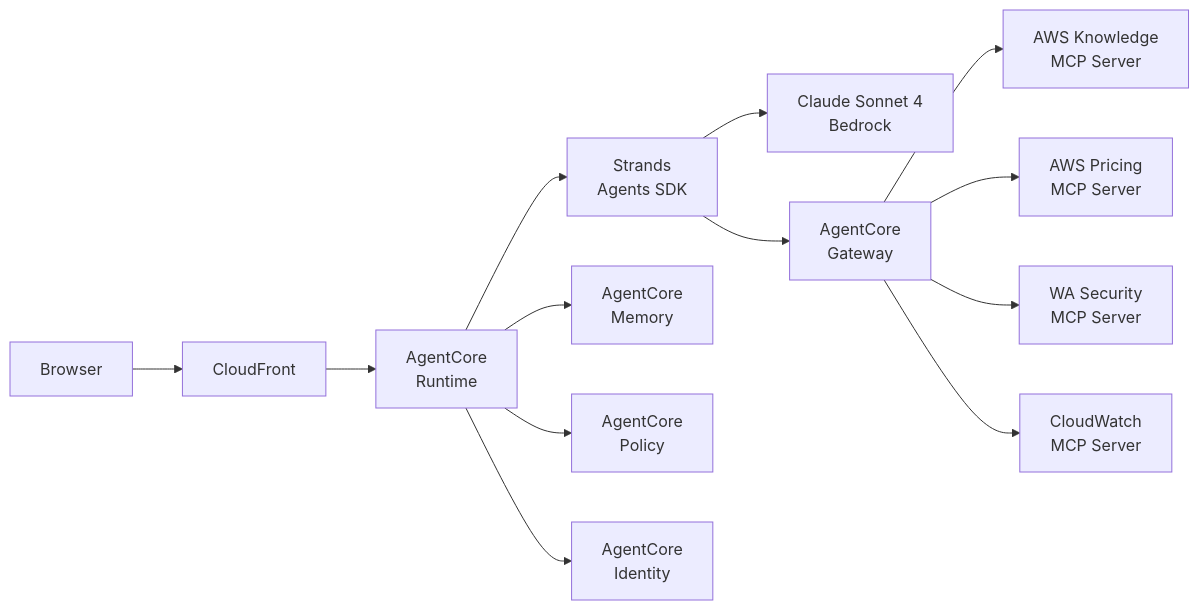
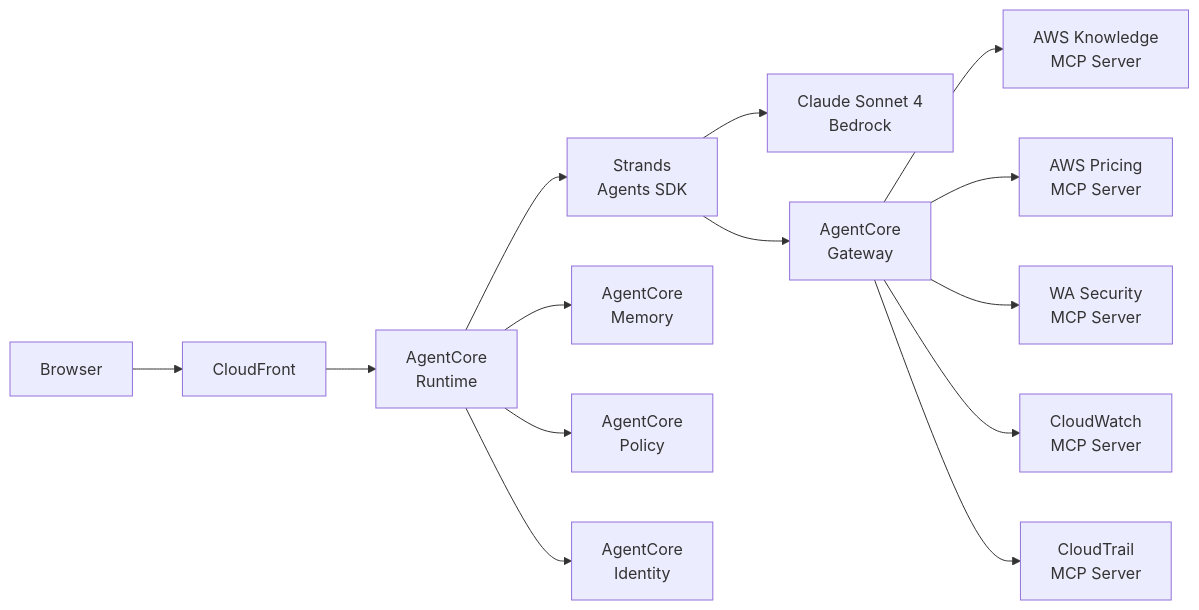
One commit to RayihBou/AWS-Launch-Pad changed the diagram in README.md. Above: the diagram before and after it, drawn with Mermaid. The commit also changed other lines of this file and 1 other file, not shown here.

Commit message:
Add CloudTrail MCP Server to architecture
- New MCP server for event auditing, error analysis, and compliance
- Updated: draw.io diagram (new node + connection), README.md (features + Mermaid), memory.md

````diff
--- a/README.md
+++ b/README.md
@@ -19,15 +20,16 @@
 ```mermaid
 graph LR
     A[Browser] --> B[CloudFront]
     B --> C[AgentCore<br/>Runtime]
     C --> D[Strands<br/>Agents SDK]
     D --> E[Claude Sonnet 4<br/>Bedrock]
     D --> F[AgentCore<br/>Gateway]
     F --> G[AWS Knowledge<br/>MCP Server]
     F --> H[AWS Pricing<br/>MCP Server]
     F --> I[WA Security<br/>MCP Server]
     F --> J[CloudWatch<br/>MCP Server]
+    F --> N[CloudTrail<br/>MCP Server]
     C --> K[AgentCore<br/>Memory]
     C --> L[AgentCore<br/>Policy]
     C --> M[AgentCore<br/>Identity]
 ```
````
